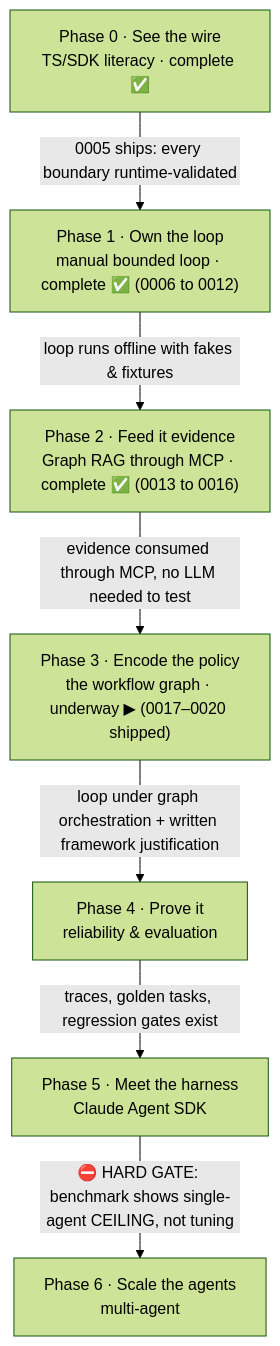
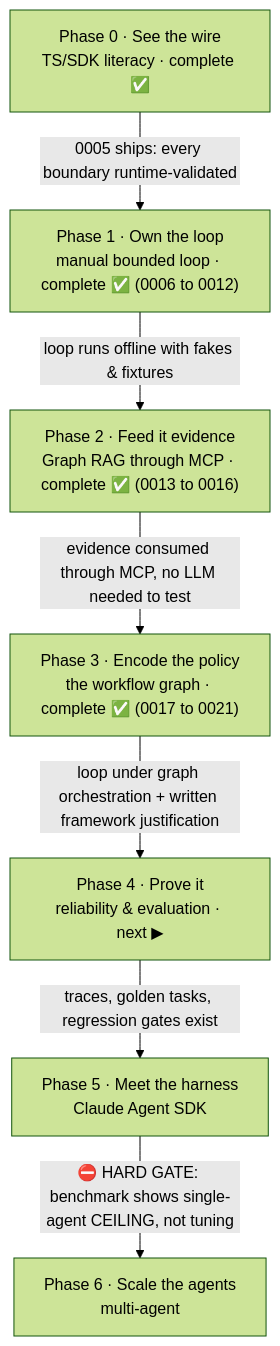
The first of 6 diagrams in wiki/course/course-module-graph.md (JozsefKiss90/TS), drawn with Mermaid (forest theme) before and after one commit. The commit also changed other lines of this file and 13 other files, not shown here.

First line of the commit message:
Ship lesson 0021 - The Spec Decides the Graph; ADR 0001; Phase 3 complete

````diff
--- a/wiki/course/course-module-graph.md
+++ b/wiki/course/course-module-graph.md
@@ -17,16 +17,16 @@
 ```mermaid
 flowchart TD
     P0["Phase 0 · See the wire<br/>TS/SDK literacy · complete ✅"]
     P1["Phase 1 · Own the loop<br/>manual bounded loop · complete ✅ (0006 to 0012)"]
     P2["Phase 2 · Feed it evidence<br/>Graph RAG through MCP · complete ✅ (0013 to 0016)"]
-    P3["Phase 3 · Encode the policy<br/>the workflow graph · underway ▶ (0017–0020 shipped)"]
-    P4["Phase 4 · Prove it<br/>reliability & evaluation"]
+    P3["Phase 3 · Encode the policy<br/>the workflow graph · complete ✅ (0017 to 0021)"]
+    P4["Phase 4 · Prove it<br/>reliability & evaluation · next ▶"]
     P5["Phase 5 · Meet the harness<br/>Claude Agent SDK"]
     P6["Phase 6 · Scale the agents<br/>multi-agent"]
     P0 -->|"0005 ships: every boundary runtime-validated"| P1
     P1 -->|"loop runs offline with fakes & fixtures"| P2
     P2 -->|"evidence consumed through MCP, no LLM needed to test"| P3
     P3 -->|"loop under graph orchestration + written framework justification"| P4
     P4 -->|"traces, golden tasks, regression gates exist"| P5
     P5 -->|"⛔ HARD GATE: benchmark shows single-agent CEILING, not tuning"| P6
 ```
````
